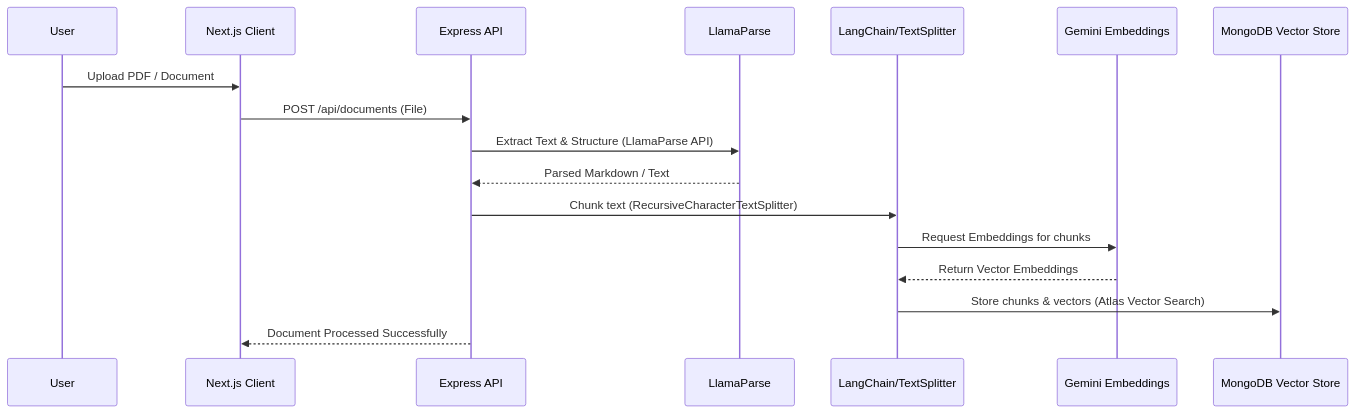
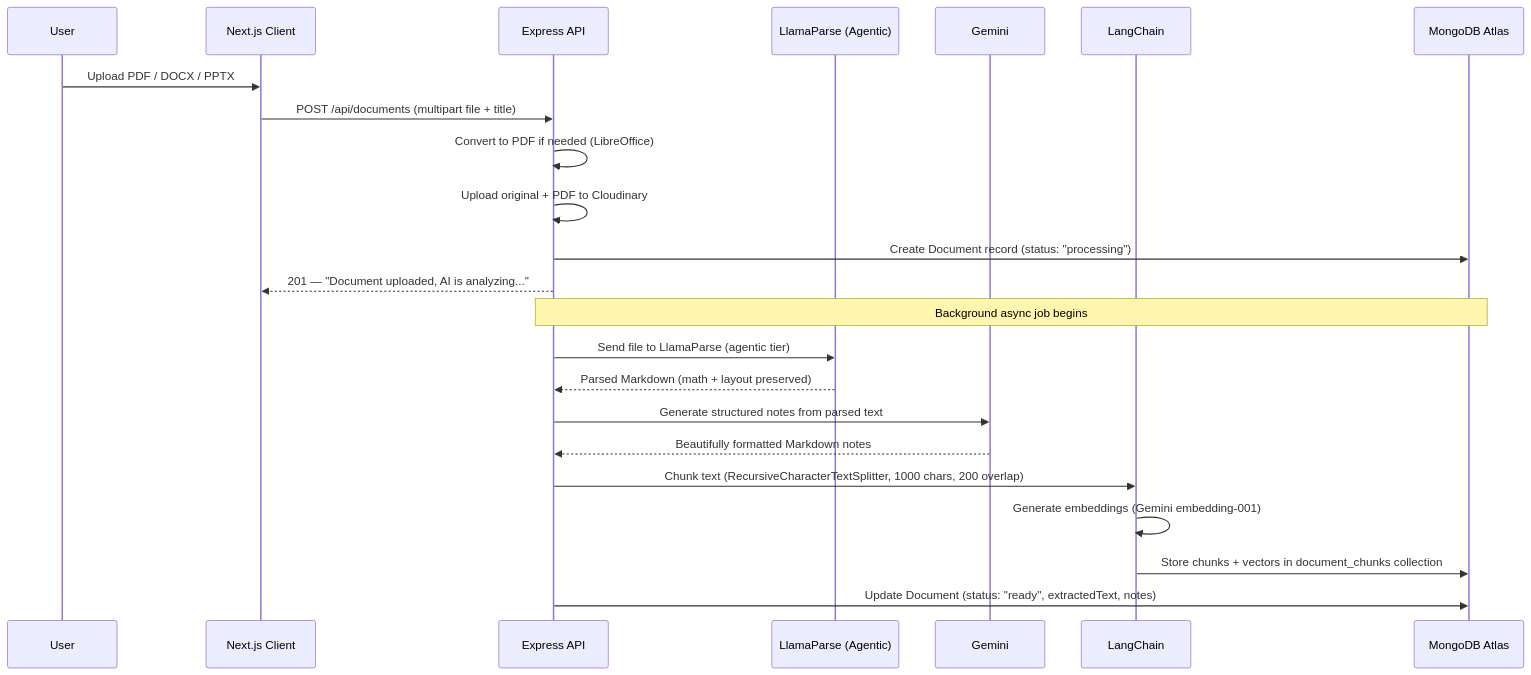
One commit to m-rayan-hassan/CognivioAI changed the second of 7 diagrams in README.md. Above: the diagram before and after it, drawn with Mermaid. The commit also changed other lines of this file, not shown here.

````diff
--- a/README.md
+++ b/README.md
@@ -92,20 +177,27 @@
 ```mermaid
 sequenceDiagram
     participant U as User
     participant C as Next.js Client
     participant A as Express API
-    participant LP as LlamaParse
-    participant LC as LangChain/TextSplitter
-    participant G as Gemini Embeddings
-    participant DB as MongoDB Vector Store
+    participant LP as LlamaParse (Agentic)
+    participant G as Gemini
+    participant LC as LangChain
+    participant DB as MongoDB Atlas
 
-    U->>C: Upload PDF / Document
-    C->>A: POST /api/documents (File)
-    A->>LP: Extract Text & Structure (LlamaParse API)
-    LP-->>A: Parsed Markdown / Text
-    A->>LC: Chunk text (RecursiveCharacterTextSplitter)
-    LC->>G: Request Embeddings for chunks
-    G-->>LC: Return Vector Embeddings
-    LC->>DB: Store chunks & vectors (Atlas Vector Search)
-    A-->>C: Document Processed Successfully
+    U->>C: Upload PDF / DOCX / PPTX
+    C->>A: POST /api/documents (multipart file + title)
+    A->>A: Convert to PDF if needed (LibreOffice)
+    A->>A: Upload original + PDF to Cloudinary
+    A->>DB: Create Document record (status: "processing")
+    A-->>C: 201 — "Document uploaded, AI is analyzing..."
+    
+    Note over A,DB: Background async job begins
+    A->>LP: Send file to LlamaParse (agentic tier)
+    LP-->>A: Parsed Markdown (math + layout preserved)
+    A->>G: Generate structured notes from parsed text
+    G-->>A: Beautifully formatted Markdown notes
+    A->>LC: Chunk text (RecursiveCharacterTextSplitter, 1000 chars, 200 overlap)
+    LC->>LC: Generate embeddings (Gemini embedding-001)
+    LC->>DB: Store chunks + vectors in document_chunks collection
+    A->>DB: Update Document (status: "ready", extractedText, notes)
 ```
````
